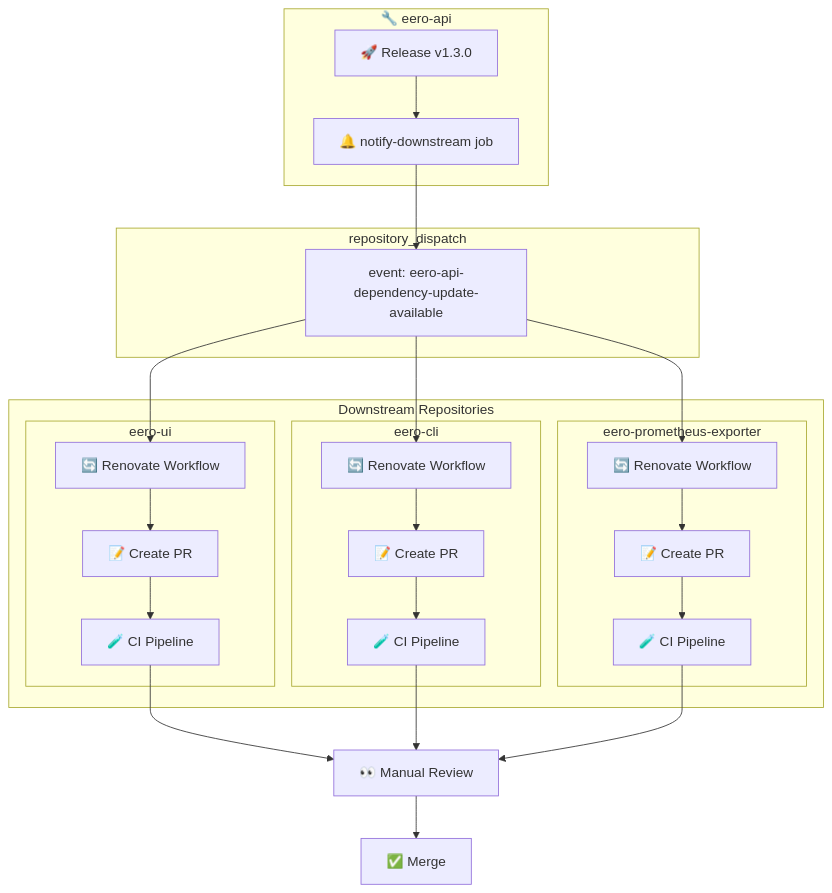
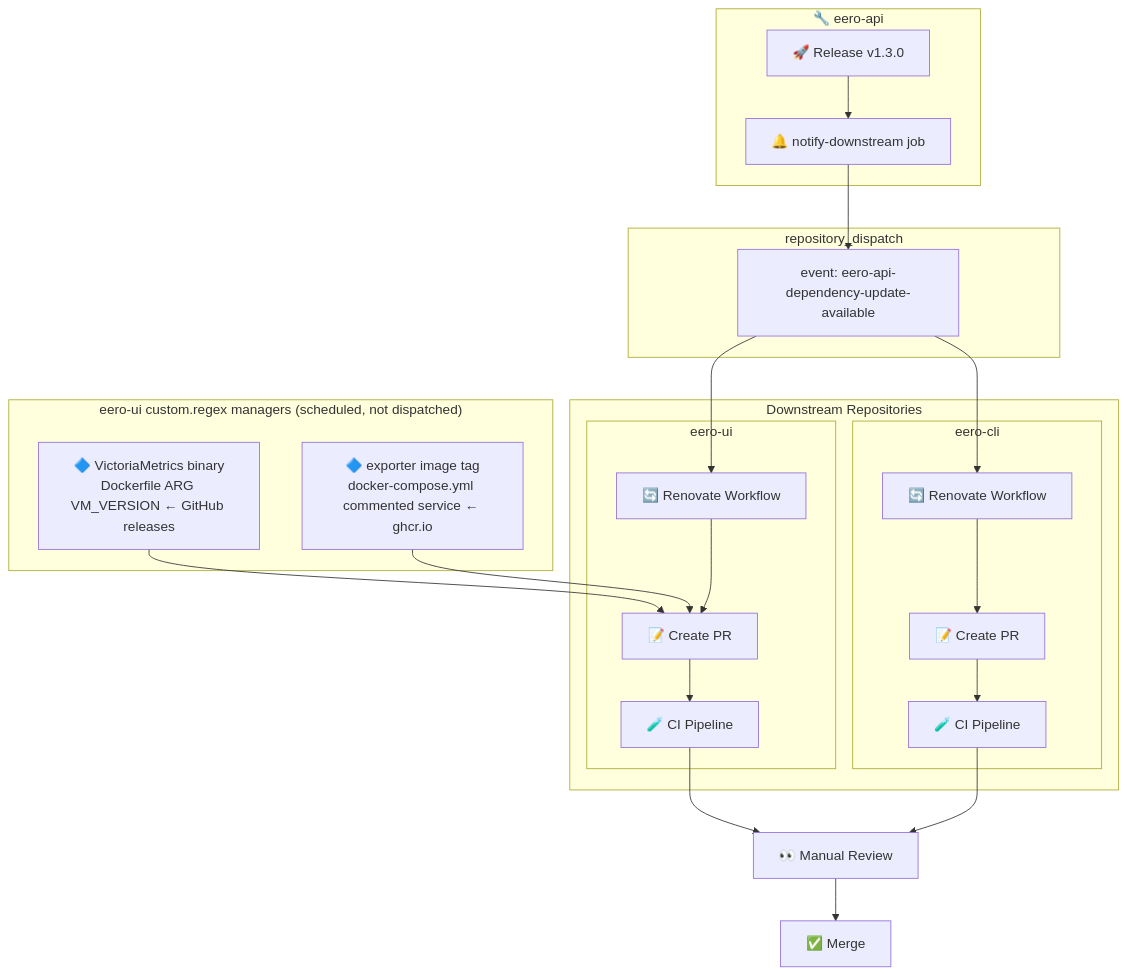
One commit to fulviofreitas/eero-ui changed the first of 2 diagrams in wiki/Dependency-Updates.md. Above: the diagram before and after it, drawn with Mermaid. The commit also changed other lines of this file and 479 other files, not shown here.

````diff
--- a/wiki/Dependency-Updates.md
+++ b/wiki/Dependency-Updates.md
@@ -29,47 +34,46 @@
 ```mermaid
 flowchart TB
     subgraph eero-api ["🔧 eero-api"]
         release["🚀 Release v1.3.0"]
         notify["🔔 notify-downstream job"]
         release --> notify
     end
 
     subgraph dispatch ["repository_dispatch"]
         event["event: eero-api-dependency-update-available"]
     end
 
     notify --> event
 
     subgraph downstream ["Downstream Repositories"]
         subgraph ui ["eero-ui"]
             ui_renovate["🔄 Renovate Workflow"]
             ui_pr["📝 Create PR"]
             ui_ci["🧪 CI Pipeline"]
             ui_renovate --> ui_pr --> ui_ci
         end
 
         subgraph cli ["eero-cli"]
             cli_renovate["🔄 Renovate Workflow"]
             cli_pr["📝 Create PR"]
             cli_ci["🧪 CI Pipeline"]
             cli_renovate --> cli_pr --> cli_ci
         end
-
-        subgraph exporter ["eero-prometheus-exporter"]
-            exp_renovate["🔄 Renovate Workflow"]
-            exp_pr["📝 Create PR"]
-            exp_ci["🧪 CI Pipeline"]
-            exp_renovate --> exp_pr --> exp_ci
-        end
     end
 
     event --> ui_renovate
     event --> cli_renovate
-    event --> exp_renovate
 
     ui_ci --> review["👀 Manual Review"]
     cli_ci --> review
-    exp_ci --> review
 
     review --> merge["✅ Merge"]
+
+    subgraph regex ["eero-ui custom.regex managers (scheduled, not dispatched)"]
+        vm["🔷 VictoriaMetrics binary<br/>Dockerfile ARG VM_VERSION ← GitHub releases"]
+        exp_tag["🔷 exporter image tag<br/>docker-compose.yml commented service ← ghcr.io"]
+    end
+
+    vm --> ui_pr
+    exp_tag --> ui_pr
 ```
````
